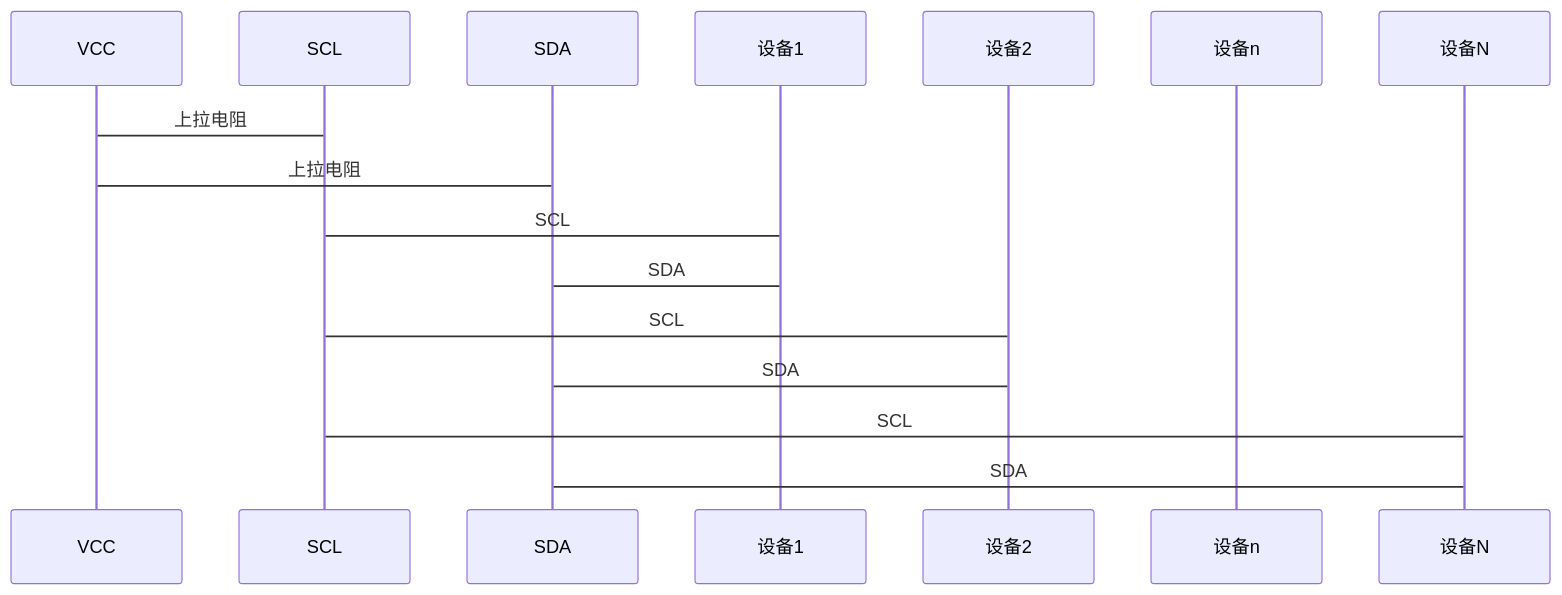
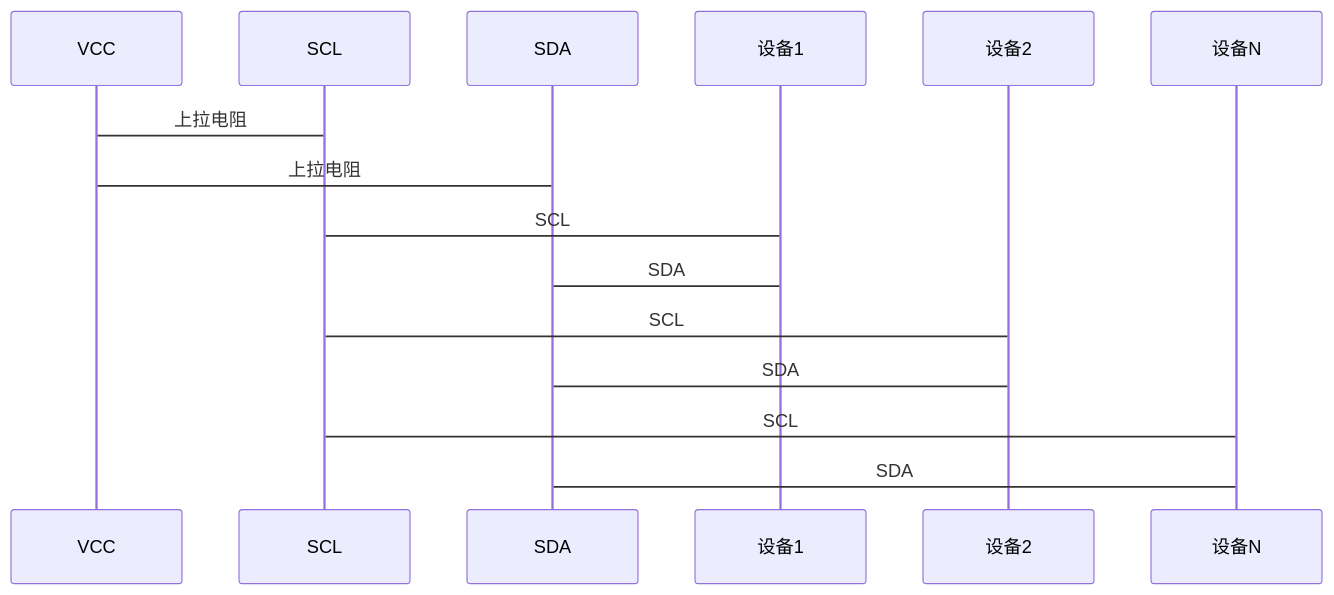
The diagram in 230612-0618.3~I²C总线协议梳理附STM32平台I2C总线SSD1306OLED屏幕驱动.md (seinikov/blog), drawn with Mermaid before and after one commit.

````diff
--- a/230612-0618.3~I²C总线协议梳理附STM32平台I2C总线SSD1306OLED屏幕驱动.md
+++ b/230612-0618.3~I²C总线协议梳理附STM32平台I2C总线SSD1306OLED屏幕驱动.md
@@ -17,17 +17,17 @@
 ```mermaid
 sequenceDiagram
 participant VCC
 participant SCL
 participant SDA
 participant 设备1
 participant 设备2
-participant 设备n
+participant 设备N
 VCC->SCL:上拉电阻
 VCC->SDA:上拉电阻
 SCL->设备1:SCL
 SDA->设备1:SDA
 SCL->设备2:SCL
 SDA->设备2:SDA
 SCL->设备N:SCL
 SDA->设备N:SDA
 ```
````
